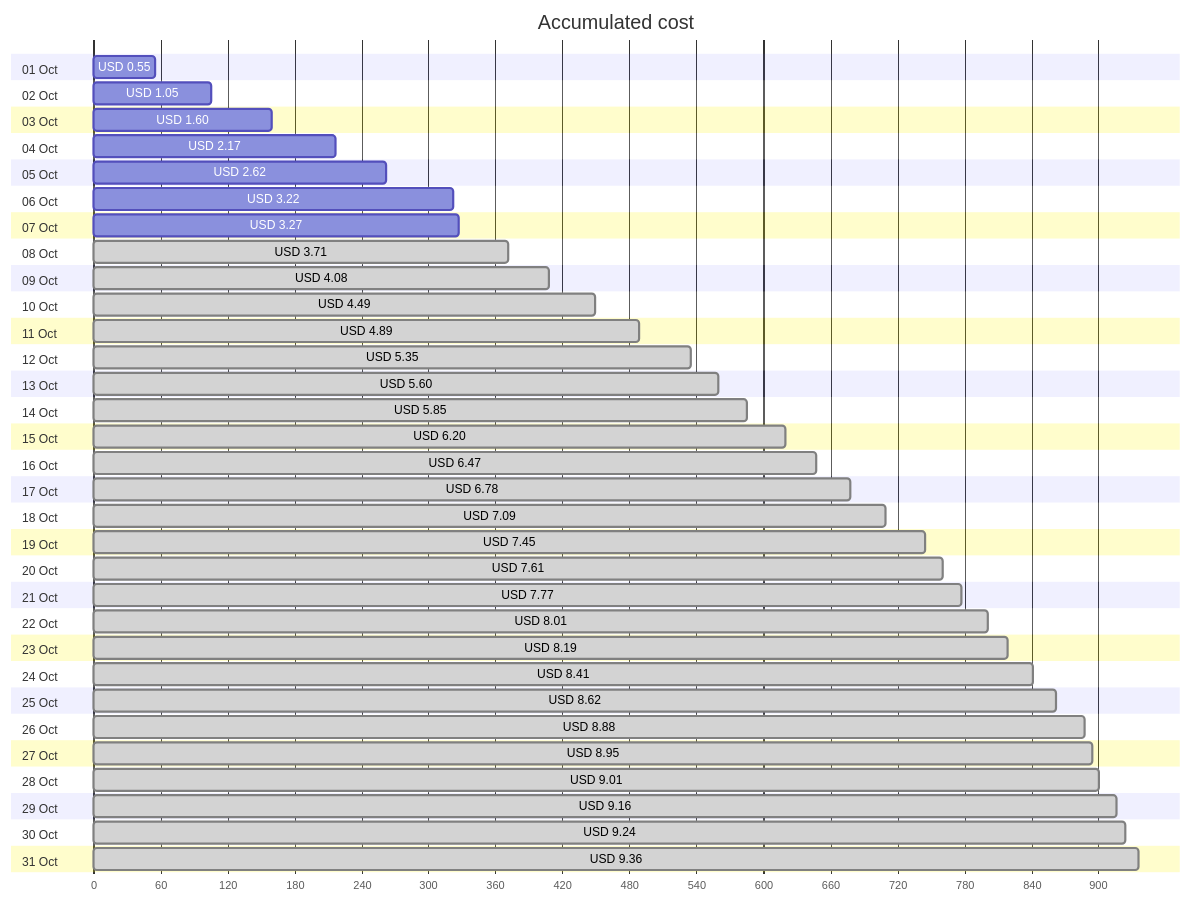
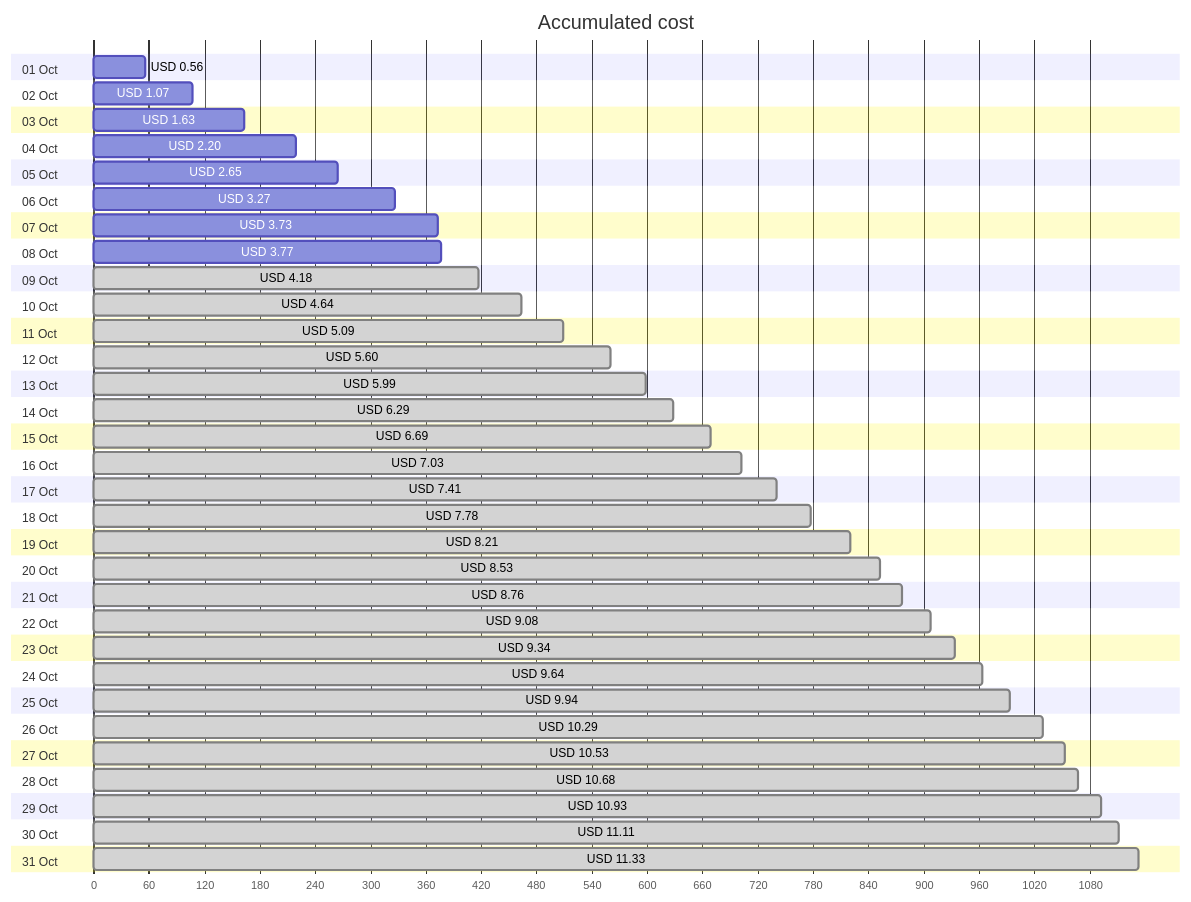
One commit to jpfulton/azure-personal-reports changed the first of 4 diagrams in cost-reports/personal-network/vpn-server.md. Above: the diagram before and after it, drawn with Mermaid. The commit also changed other lines of this file and 8 other files, not shown here.

````diff
--- a/cost-reports/personal-network/vpn-server.md
+++ b/cost-reports/personal-network/vpn-server.md
@@ -20,68 +20,68 @@
 ```mermaid
 gantt
    title Accumulated cost
    dateFormat  X
    axisFormat %s
    section 01 Oct
-   USD 0.55 :0, 55
+   USD 0.56 :0, 56
    section 02 Oct
-   USD 1.05 :0, 105
+   USD 1.07 :0, 107
    section 03 Oct
-   USD 1.60 :0, 160
+   USD 1.63 :0, 163
    section 04 Oct
-   USD 2.17 :0, 217
+   USD 2.20 :0, 220
    section 05 Oct
-   USD 2.62 :0, 262
+   USD 2.65 :0, 265
    section 06 Oct
-   USD 3.22 :0, 322
+   USD 3.27 :0, 327
    section 07 Oct
-   USD 3.27 :0, 327
+   USD 3.73 :0, 373
    section 08 Oct
-   USD 3.71 : done, 0, 371
+   USD 3.77 :0, 377
    section 09 Oct
-   USD 4.08 : done, 0, 408
+   USD 4.18 : done, 0, 418
    section 10 Oct
-   USD 4.49 : done, 0, 449
+   USD 4.64 : done, 0, 464
    section 11 Oct
-   USD 4.89 : done, 0, 489
+   USD 5.09 : done, 0, 509
    section 12 Oct
-   USD 5.35 : done, 0, 535
+   USD 5.60 : done, 0, 560
    section 13 Oct
-   USD 5.60 : done, 0, 560
+   USD 5.99 : done, 0, 599
    section 14 Oct
-   USD 5.85 : done, 0, 585
+   USD 6.29 : done, 0, 629
    section 15 Oct
-   USD 6.20 : done, 0, 620
+   USD 6.69 : done, 0, 669
    section 16 Oct
-   USD 6.47 : done, 0, 647
+   USD 7.03 : done, 0, 703
    section 17 Oct
-   USD 6.78 : done, 0, 678
+   USD 7.41 : done, 0, 741
    section 18 Oct
-   USD 7.09 : done, 0, 709
+   USD 7.78 : done, 0, 778
    section 19 Oct
-   USD 7.45 : done, 0, 745
+   USD 8.21 : done, 0, 821
    section 20 Oct
-   USD 7.61 : done, 0, 761
+   USD 8.53 : done, 0, 853
    section 21 Oct
-   USD 7.77 : done, 0, 777
+   USD 8.76 : done, 0, 876
    section 22 Oct
-   USD 8.01 : done, 0, 801
+   USD 9.08 : done, 0, 908
    section 23 Oct
-   USD 8.19 : done, 0, 819
+   USD 9.34 : done, 0, 934
    section 24 Oct
-   USD 8.41 : done, 0, 841
+   USD 9.64 : done, 0, 964
    section 25 Oct
-   USD 8.62 : done, 0, 862
+   USD 9.94 : done, 0, 994
    section 26 Oct
-   USD 8.88 : done, 0, 888
+   USD 10.29 : done, 0, 1029
    section 27 Oct
-   USD 8.95 : done, 0, 895
+   USD 10.53 : done, 0, 1053
    section 28 Oct
-   USD 9.01 : done, 0, 901
+   USD 10.68 : done, 0, 1068
    section 29 Oct
-   USD 9.16 : done, 0, 916
+   USD 10.93 : done, 0, 1093
    section 30 Oct
-   USD 9.24 : done, 0, 924
+   USD 11.11 : done, 0, 1111
    section 31 Oct
-   USD 9.36 : done, 0, 936
+   USD 11.33 : done, 0, 1133
 ```
````
